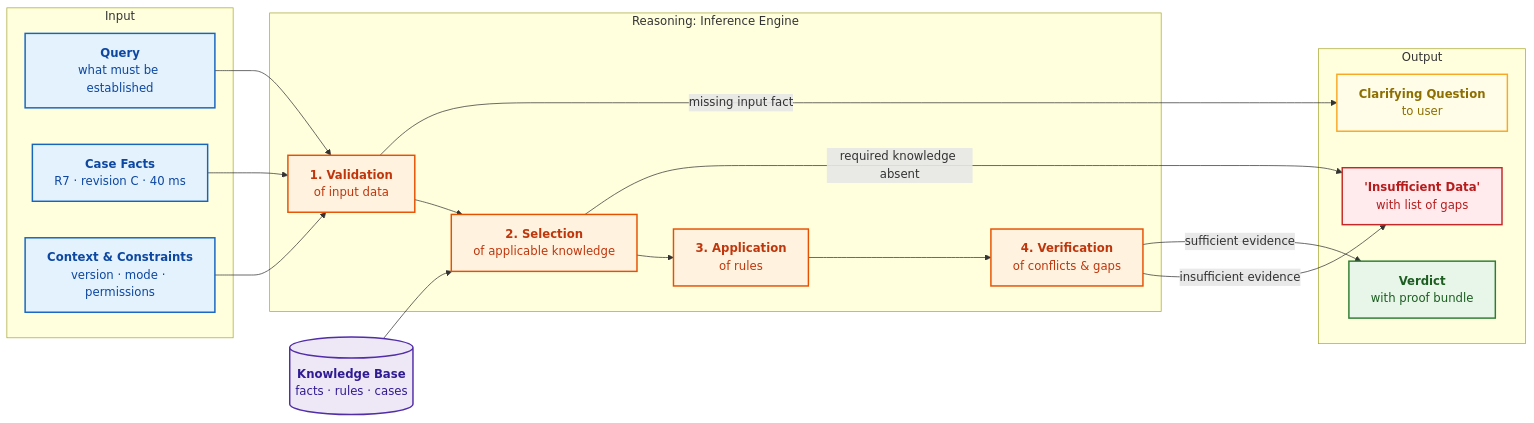
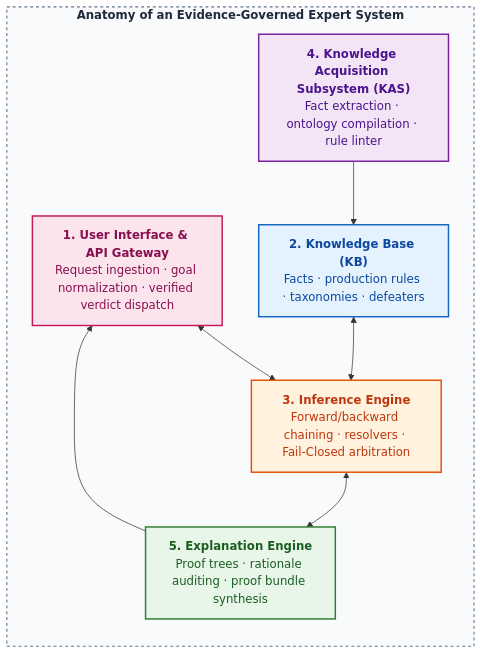
Before and after one commit to nick-fedchik/articles: the third of 4 diagrams in ExpertSystem/translations/en/ch01-introduction-to-expert-systems.md, drawn with Mermaid. The commit also changed other lines of this file and 2 other files, not shown here.

Commit message:
feat(ch01): restructure introductory chapter, add classical founders dialogue, colorize anatomy diagram, and format header (UA/EN/DE)

````diff
--- a/ExpertSystem/translations/en/ch01-introduction-to-expert-systems.md
+++ b/ExpertSystem/translations/en/ch01-introduction-to-expert-systems.md
@@ -318,48 +148,38 @@
 ```mermaid
-flowchart LR
-    accTitle: Input, Reasoning, and Output of an Expert System
-    accDescr: The query, case facts, context, and constraints enter as input. The inference engine validates input data, selects knowledge from the knowledge base, applies rules, and checks for contradictions. The system outputs a verdict with a justification package, a clarifying question, or an insufficient data response.
+flowchart TD
+    accTitle: Anatomy of an Evidence-Governed Expert System
+    accDescr: Five key subsystems of the expert system: User Interface and API Gateway, Knowledge Acquisition Subsystem, Knowledge Base, Inference Engine, and Explanation Engine.
 
-    subgraph IN["Input"]
-        Q["<b>Query</b><br/>what must be established"]
-        F["<b>Case Facts</b><br/>R7 · revision C · 40 ms"]
-        CTX["<b>Context & Constraints</b><br/>version · mode · permissions"]
+    subgraph ES_ARCH["<b>Anatomy of an Evidence-Governed Expert System</b>"]
+        direction TB
+        UI["<b>1. User Interface & API Gateway</b><br/>Request ingestion · goal normalization · verified verdict dispatch"]
+        
+        KAS["<b>4. Knowledge Acquisition Subsystem (KAS)</b><br/>Fact extraction · ontology compilation · rule linter"]
+        
+        KB["<b>2. Knowledge Base (KB)</b><br/>Facts · production rules · taxonomies · defeaters"]
+        
+        IE["<b>3. Inference Engine</b><br/>Forward/backward chaining · resolvers · Fail-Closed arbitration"]
+        
+        EE["<b>5. Explanation Engine</b><br/>Proof trees · rationale auditing · proof bundle synthesis"]
     end
 
-    subgraph RS["Reasoning: Inference Engine"]
-        S1["<b>1. Validation</b><br/>of input data"]
-        S2["<b>2. Selection</b><br/>of applicable knowledge"]
-        S3["<b>3. Application</b><br/>of rules"]
-        S4["<b>4. Verification</b><br/>of conflicts & gaps"]
-        S1 --> S2 --> S3 --> S4
-    end
+    UI <--> IE
+    KAS --> KB
+    KB <--> IE
+    IE <--> EE
+    EE --> UI
 
-    KB[("<b>Knowledge Base</b><br/>facts · rules · cases")]
+    classDef ui fill:#fce4ec,stroke:#c2185b,stroke-width:2px,color:#880e4f;
+    classDef kas fill:#f3e5f5,stroke:#7b1fa2,stroke-width:2px,color:#4a148c;
+    classDef kb fill:#e3f2fd,stroke:#1565c0,stroke-width:2px,color:#0d47a1;
+    classDef ie fill:#fff3e0,stroke:#e65100,stroke-width:2px,color:#bf360c;
+    classDef ee fill:#e8f5e9,stroke:#2e7d32,stroke-width:2px,color:#1b5e20;
 
-    subgraph OUT["Output"]
-        OK["<b>Verdict</b><br/>with proof bundle"]
-        ASK["<b>Clarifying Question</b><br/>to user"]
-        NO["<b>'Insufficient Data'</b><br/>with list of gaps"]
-    end
+    class UI ui;
+    class KAS kas;
+    class KB kb;
+    class IE ie;
+    class EE ee;
 
-    Q & F & CTX --> S1
-    KB --> S2
-    S1 -->|"missing input fact"| ASK
-    S2 -->|"required knowledge absent"| NO
-    S4 -->|"insufficient evidence"| NO
-    S4 -->|"sufficient evidence"| OK
-
-    classDef input fill:#e3f2fd,stroke:#1565c0,stroke-width:2px,color:#0d47a1;
-    classDef step fill:#fff3e0,stroke:#e65100,stroke-width:2px,color:#bf360c;
-    classDef kb fill:#ede7f6,stroke:#512da8,stroke-width:2px,color:#311b92;
-    classDef ok fill:#e8f5e9,stroke:#2e7d32,stroke-width:2px,color:#1b5e20;
-    classDef ask fill:#fffde7,stroke:#f9a825,stroke-width:2px,color:#8d6e00;
-    classDef no fill:#ffebee,stroke:#c62828,stroke-width:2px,color:#b71c1c;
-
-    class Q,F,CTX input;
-    class S1,S2,S3,S4 step;
-    class KB kb;
-    class OK ok;
-    class ASK ask;
-    class NO no;
+    style ES_ARCH fill:#f8fafc,stroke:#64748b,stroke-width:1.5px,stroke-dasharray: 4 4,color:#1e293b;
 ```
````
